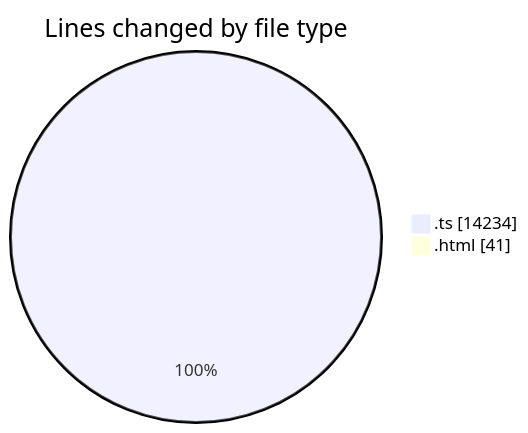
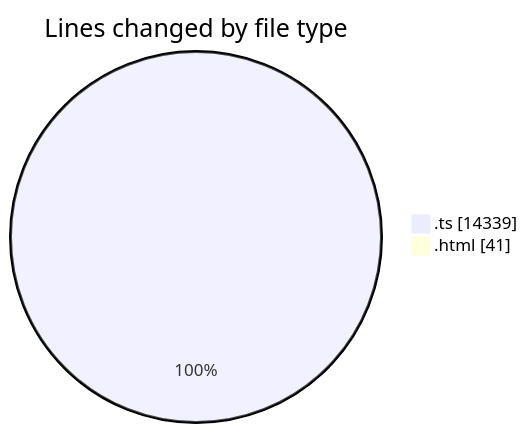
Before and after one commit to tmsrecording-cyber/code-tracking: the first of 2 diagrams in 2026-02-08/singularitybrainai/README.md, drawn with Mermaid. The commit also changed other lines of this file and 1 other file, not shown here.

````diff
--- a/2026-02-08/singularitybrainai/README.md
+++ b/2026-02-08/singularitybrainai/README.md
@@ -40,6 +40,6 @@
 ```mermaid
 pie showData
 title Lines changed by file type
-".ts" : 14234
+".ts" : 14339
 ".html" : 41
 ```
````
